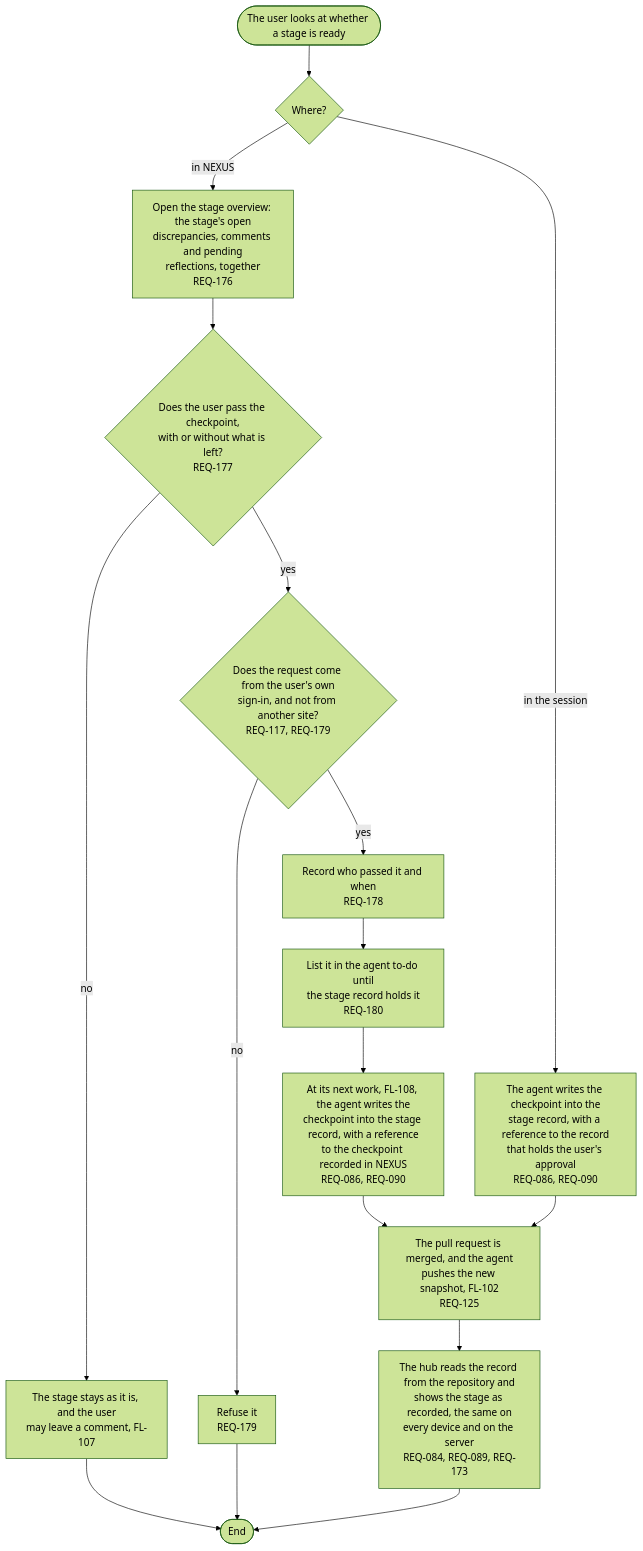
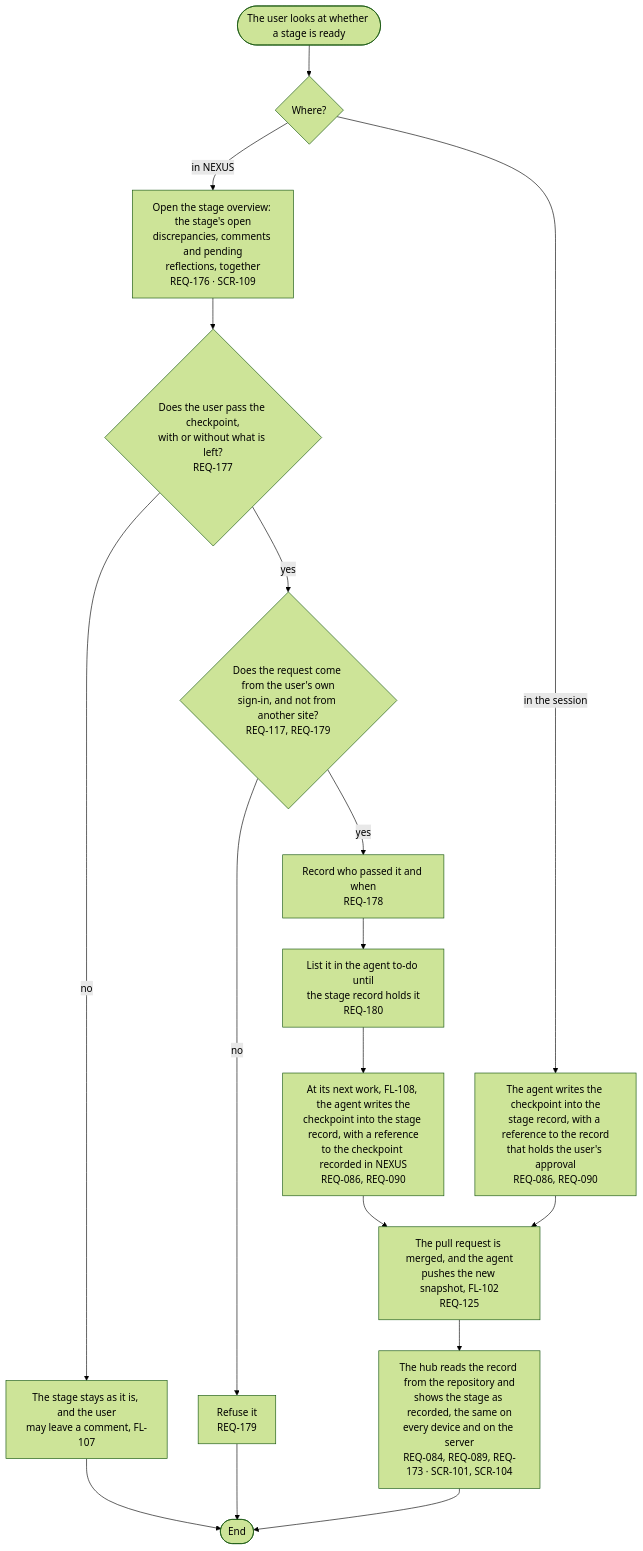
Before and after one commit to kodonghui/corthex-nexus: the diagram in docs/03-user-flow/nexus/FL-113-pass-a-checkpoint.md, drawn with Mermaid (forest theme). The commit also changed 19 other files, not shown here.

First line of the commit message:
docs(nexus): draft the sitemap of stage 07

````diff
--- a/docs/03-user-flow/nexus/FL-113-pass-a-checkpoint.md
+++ b/docs/03-user-flow/nexus/FL-113-pass-a-checkpoint.md
@@ -9,19 +9,19 @@
 ```mermaid
 flowchart TD
   A(["The user looks at whether a stage is ready"]) --> B{"Where?"}
-  B -->|in NEXUS| C["Open the stage overview: the stage's open<br/>discrepancies, comments and pending<br/>reflections, together<br/>REQ-176"]
+  B -->|in NEXUS| C["Open the stage overview: the stage's open<br/>discrepancies, comments and pending<br/>reflections, together<br/>REQ-176 · SCR-109"]
   C --> D{"Does the user pass the checkpoint,<br/>with or without what is left?<br/>REQ-177"}
   D -->|no| D1["The stage stays as it is, and the user<br/>may leave a comment, FL-107"]
   D1 --> Z(["End"])
   D -->|yes| E{"Does the request come from the user's own<br/>sign-in, and not from another site?<br/>REQ-117, REQ-179"}
   E -->|no| E1["Refuse it<br/>REQ-179"]
   E1 --> Z
   E -->|yes| F["Record who passed it and when<br/>REQ-178"]
   F --> G["List it in the agent to-do until<br/>the stage record holds it<br/>REQ-180"]
   G --> H["At its next work, FL-108, the agent writes the<br/>checkpoint into the stage record, with a reference<br/>to the checkpoint recorded in NEXUS<br/>REQ-086, REQ-090"]
   B -->|in the session| I["The agent writes the checkpoint into the<br/>stage record, with a reference to the record<br/>that holds the user's approval<br/>REQ-086, REQ-090"]
   H --> J["The pull request is merged, and the agent<br/>pushes the new snapshot, FL-102<br/>REQ-125"]
   I --> J
-  J --> K["The hub reads the record from the repository and<br/>shows the stage as recorded, the same on<br/>every device and on the server<br/>REQ-084, REQ-089, REQ-173"]
+  J --> K["The hub reads the record from the repository and<br/>shows the stage as recorded, the same on<br/>every device and on the server<br/>REQ-084, REQ-089, REQ-173 · SCR-101, SCR-104"]
   K --> Z
 ```
````
